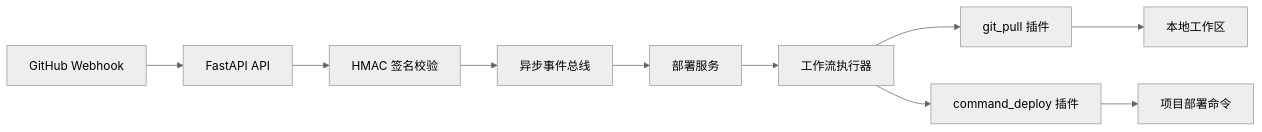
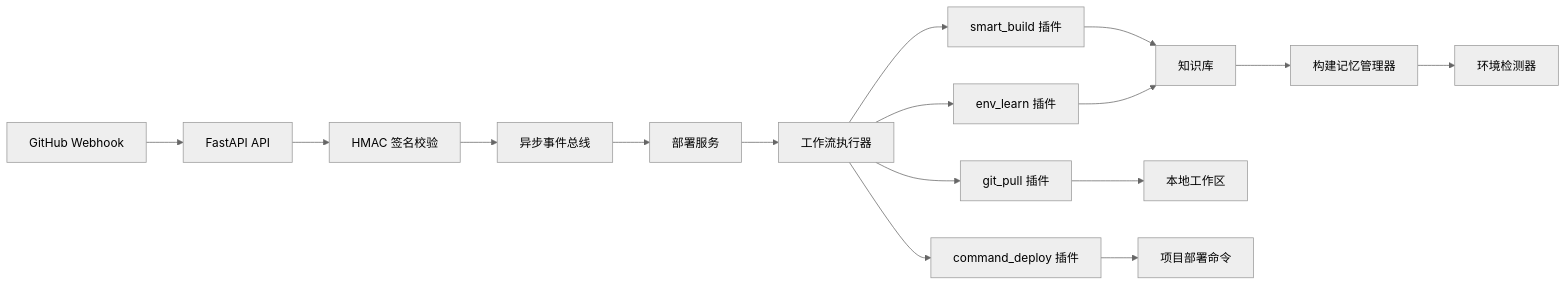
The diagram in README.zh-CN.md (rockmelodies/buildclaw), drawn with Mermaid (neutral theme) before and after one commit. The commit also changed other lines of this file and 12 other files, not shown here.

````diff
--- a/README.zh-CN.md
+++ b/README.zh-CN.md
@@ -78,12 +113,18 @@
 ```mermaid
 flowchart LR
     GH[GitHub Webhook] --> API[FastAPI API]
     API --> SIG[HMAC 签名校验]
     SIG --> BUS[异步事件总线]
     BUS --> DEPLOY[部署服务]
     DEPLOY --> WF[工作流执行器]
     WF --> GIT[git_pull 插件]
+    WF --> SMART[smart_build 插件]
     WF --> CMD[command_deploy 插件]
+    WF --> LEARN[env_learn 插件]
+    SMART --> KB[知识库]
+    LEARN --> KB
+    KB --> MEM[构建记忆管理器]
+    MEM --> DET[环境检测器]
     GIT --> WS[本地工作区]
     CMD --> TARGET[项目部署命令]
 ```
````
